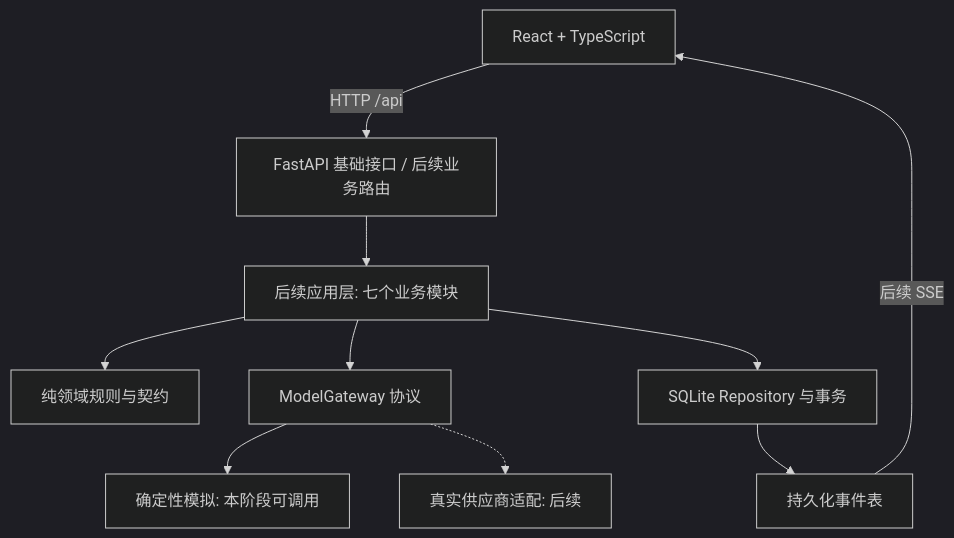
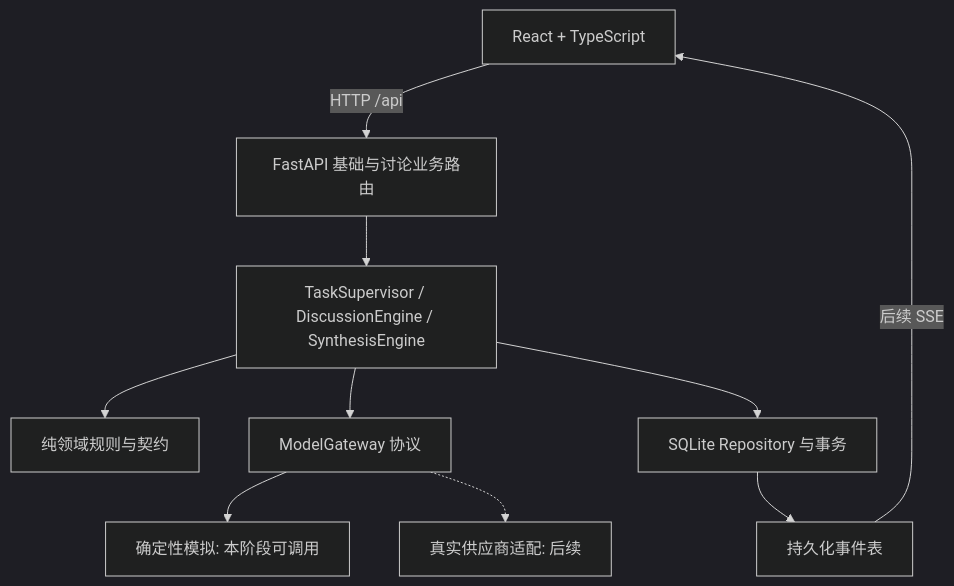
Before and after one commit to WenhuiRuan/Web-App-MVP: the diagram in docs/architecture.md, drawn with Mermaid (dark theme). The commit also changed other lines of this file and 25 other files, not shown here.

````diff
--- a/docs/architecture.md
+++ b/docs/architecture.md
@@ -17,12 +17,12 @@
 ```mermaid
 flowchart TD
-  UI[React + TypeScript] -->|HTTP /api| API[FastAPI 基础接口 / 后续业务路由]
-  API --> APP[后续应用层: 七个业务模块]
+  UI[React + TypeScript] -->|HTTP /api| API[FastAPI 基础与讨论业务路由]
+  API --> APP[TaskSupervisor / DiscussionEngine / SynthesisEngine]
   APP --> DOMAIN[纯领域规则与契约]
   APP --> PORT[ModelGateway 协议]
   PORT --> MOCK[确定性模拟: 本阶段可调用]
   PORT -.-> REAL[真实供应商适配: 后续]
   APP --> DB[SQLite Repository 与事务]
   DB --> EV[持久化事件表]
   EV -->|后续 SSE| UI
 ```
````
